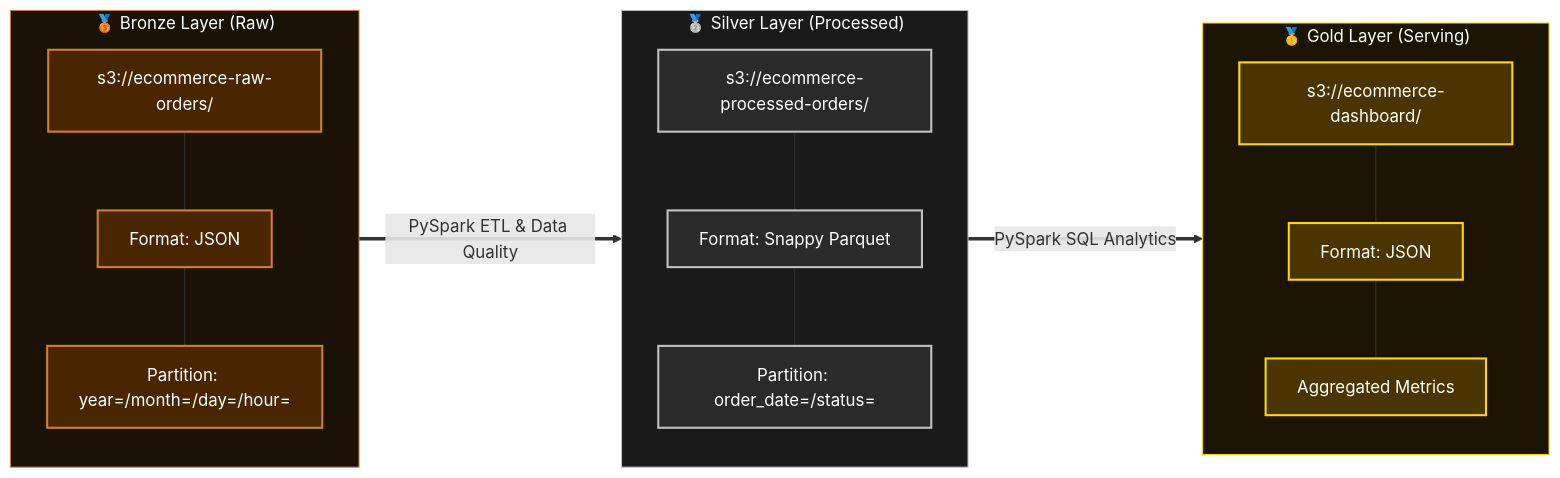
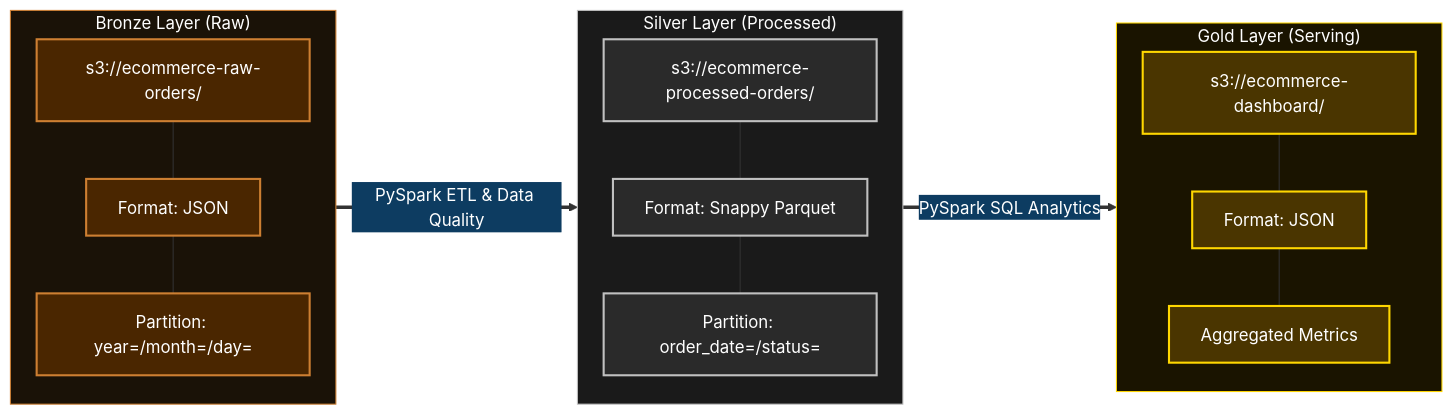
Before and after one commit to arsalankazi/dynamodb-airflow-lakehouse-pipeline: the third of 4 diagrams in README.md, drawn with Mermaid. The commit also changed other lines of this file and 5 other files, not shown here.

Commit message:
docs: update README with dark theme diagrams and latest features

````diff
--- a/README.md
+++ b/README.md
@@ -103,41 +105,42 @@
 ```mermaid
+%%{init: {'themeVariables': {'edgeLabelBackground': '#0d3c61', 'textColor': '#ffffff'}, 'flowchart': {'nodeSpacing': 30, 'rankSpacing': 30}}}%%
 flowchart LR
-    subgraph Bronze ["🥉 Bronze Layer (Raw)"]
+    subgraph Bronze ["Bronze Layer (Raw)"]
         direction TB
         B1["s3://ecommerce-raw-orders/"]
         B2["Format: JSON"]
-        B3["Partition: year=/month=/day=/hour="]
+        B3["Partition: year=/month=/day="]
         B1 --- B2 --- B3
     end
 
-    subgraph Silver ["🥈 Silver Layer (Processed)"]
+    subgraph Silver ["Silver Layer (Processed)"]
         direction TB
         S1["s3://ecommerce-processed-orders/"]
         S2["Format: Snappy Parquet"]
         S3["Partition: order_date=/status="]
         S1 --- S2 --- S3
     end
 
-    subgraph Gold ["🥇 Gold Layer (Serving)"]
+    subgraph Gold ["Gold Layer (Serving)"]
         direction TB
         G1["s3://ecommerce-dashboard/"]
         G2["Format: JSON"]
         G3["Aggregated Metrics"]
         G1 --- G2 --- G3
     end
 
     Bronze ==>|PySpark ETL & Data Quality| Silver
     Silver ==>|PySpark SQL Analytics| Gold
 
     classDef bronze fill:#4a2600,stroke:#cd7f32,stroke-width:2px,color:#ffffff;
     classDef silver fill:#2a2a2a,stroke:#c0c0c0,stroke-width:2px,color:#ffffff;
     classDef gold fill:#4a3500,stroke:#ffd700,stroke-width:2px,color:#ffffff;
 
     class B1,B2,B3 bronze;
     class S1,S2,S3 silver;
     class G1,G2,G3 gold;
 
     style Bronze fill:#1a1207,stroke:#cd7f32,stroke-width:1px,color:#ffffff
     style Silver fill:#1a1a1a,stroke:#c0c0c0,stroke-width:1px,color:#ffffff
     style Gold fill:#1a1400,stroke:#ffd700,stroke-width:1px,color:#ffffff
 ```
````
